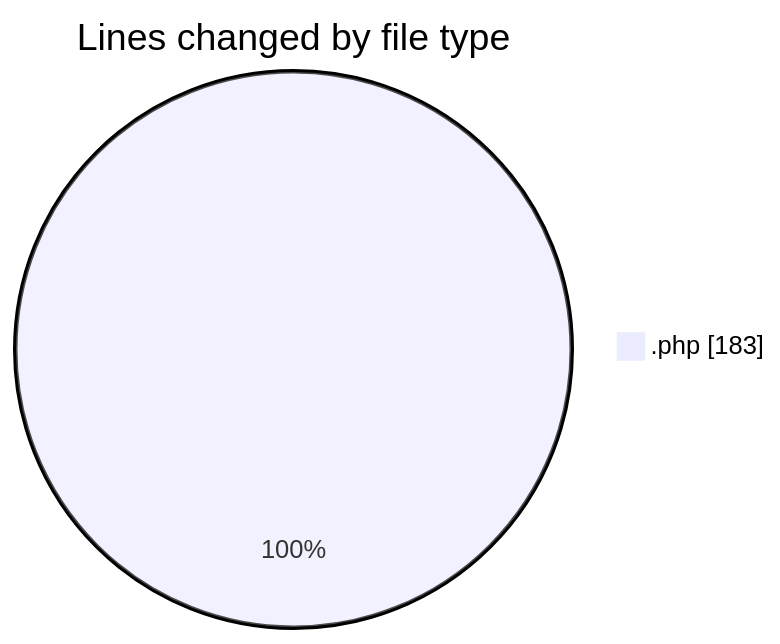
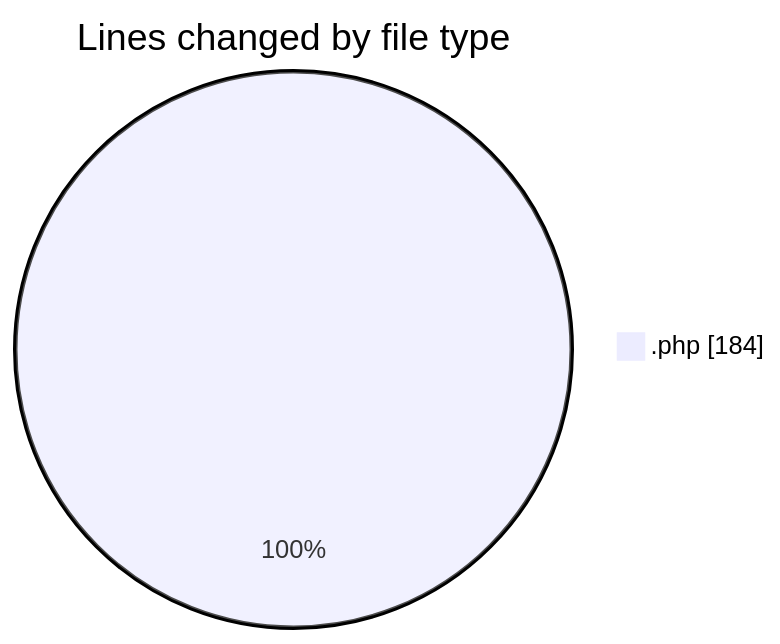
Before and after one commit to LanceThiago/code-tracking: the first of 2 diagrams in 2025-04-07/totem/README.md, drawn with Mermaid. The commit also changed other lines of this file and 1 other file, not shown here.

````diff
--- a/2025-04-07/totem/README.md
+++ b/2025-04-07/totem/README.md
@@ -20,5 +20,5 @@
 ```mermaid
 pie showData
 title Lines changed by file type
-".php" : 183
+".php" : 184
 ```
````
